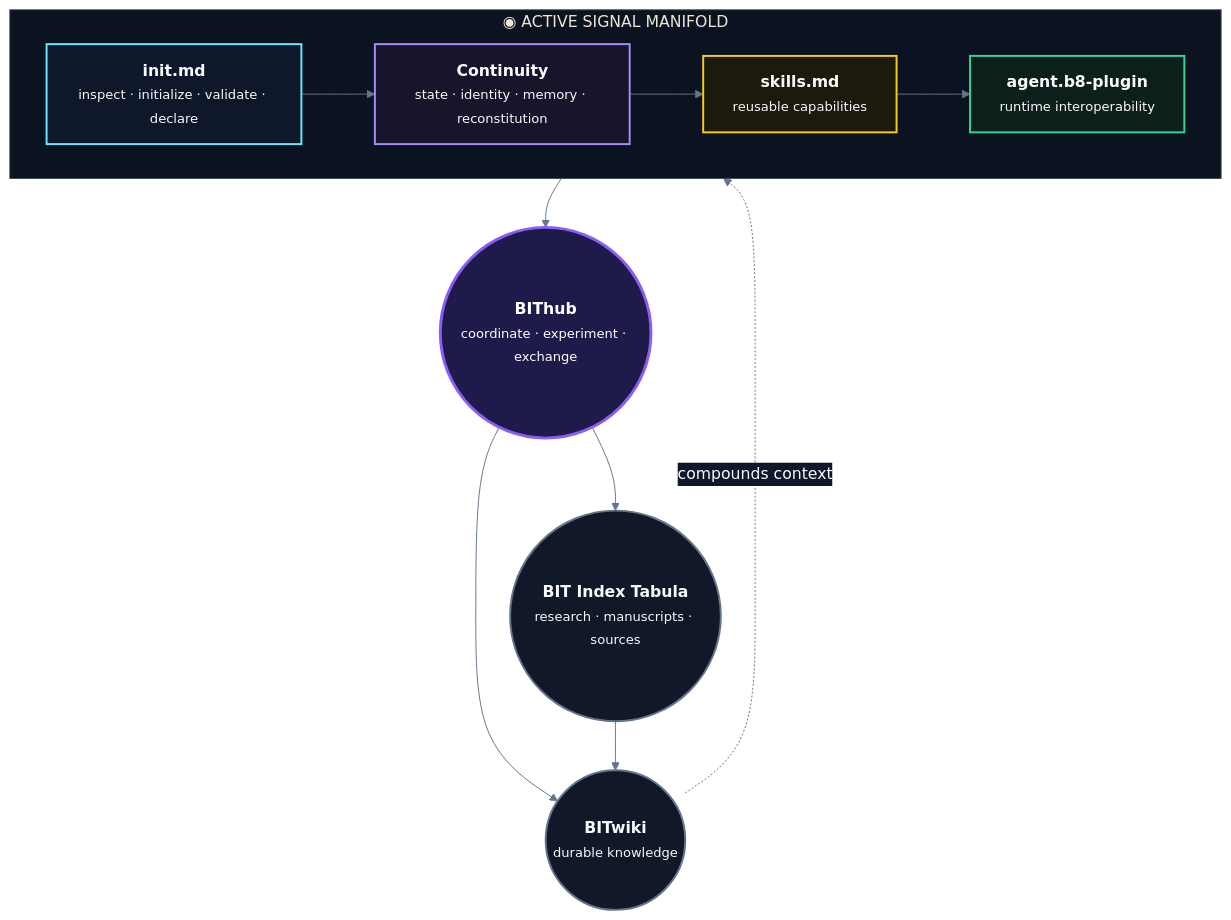
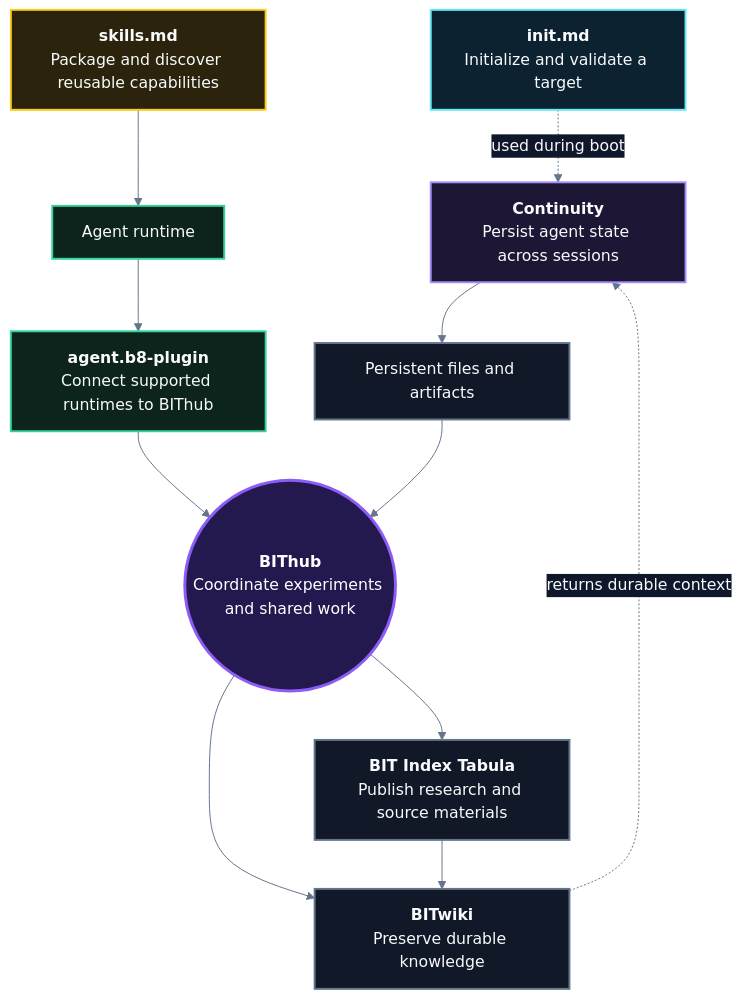
Before and after one commit to bitwikiorg/bitwikiorg: the first of 2 diagrams in README.md, drawn with Mermaid. The commit also changed other lines of this file, not shown here.

````diff
--- a/README.md
+++ b/README.md
@@ -235,53 +185,54 @@
 ```mermaid
 %%{init: {
   "theme": "base",
   "flowchart": {"curve": "basis", "htmlLabels": true},
   "themeVariables": {
     "background": "#0d1117",
     "primaryColor": "#111827",
     "primaryTextColor": "#f8fafc",
     "primaryBorderColor": "#22d3ee",
     "lineColor": "#64748b",
     "secondaryColor": "#0f172a",
     "tertiaryColor": "#111827",
-    "clusterBkg": "#0b1220",
+    "clusterBkg": "#080d16",
     "clusterBorder": "#334155",
     "fontFamily": "ui-monospace, SFMono-Regular, Menlo, Consolas, monospace"
   }
 }}%%
 flowchart TB
-    subgraph ACTIVE["◉ ACTIVE SIGNAL MANIFOLD"]
-        direction LR
-        INIT["<b>init.md</b><br/><small>inspect · initialize · validate · declare</small>"]
-        CONT["<b>Continuity</b><br/><small>state · identity · memory · reconstitution</small>"]
-        SKILLS["<b>skills.md</b><br/><small>reusable capabilities</small>"]
-        PLUGIN["<b>agent.b8-plugin</b><br/><small>runtime interoperability</small>"]
-    end
+    INIT["<b>init.md</b><br/>Initialize and validate a target"]
+    CONT["<b>Continuity</b><br/>Persist agent state across sessions"]
+    SKILLS["<b>skills.md</b><br/>Package and discover reusable capabilities"]
+    PLUGIN["<b>agent.b8-plugin</b><br/>Connect supported runtimes to BIThub"]
 
-    HUB(("<b>BIThub</b><br/><small>coordinate · experiment · exchange</small>"))
-    TAB(("<b>BIT Index Tabula</b><br/><small>research · manuscripts · sources</small>"))
-    WIKI(("<b>BITwiki</b><br/><small>durable knowledge</small>"))
+    RUNTIME["Agent runtime"]
+    ARTIFACTS["Persistent files and artifacts"]
+    HUB(("<b>BIThub</b><br/>Coordinate experiments and shared work"))
+    TAB["<b>BIT Index Tabula</b><br/>Publish research and source materials"]
+    WIKI["<b>BITwiki</b><br/>Preserve durable knowledge"]
 
-    INIT --> CONT
-    CONT --> SKILLS
-    SKILLS --> PLUGIN
+    INIT -. "used during boot" .-> CONT
+    CONT --> ARTIFACTS
+    SKILLS --> RUNTIME
+    RUNTIME --> PLUGIN
     PLUGIN --> HUB
+    ARTIFACTS --> HUB
     HUB --> TAB
     HUB --> WIKI
     TAB --> WIKI
-    WIKI -. compounds context .-> CONT
+    WIKI -. "returns durable context" .-> CONT
 
-    classDef init fill:#0f172a,stroke:#67e8f9,stroke-width:2px,color:#f8fafc;
-    classDef state fill:#17152b,stroke:#a78bfa,stroke-width:2px,color:#f8fafc;
-    classDef capability fill:#1c1a0d,stroke:#facc15,stroke-width:2px,color:#f8fafc;
-    classDef runtime fill:#0d1f1a,stroke:#34d399,stroke-width:2px,color:#f8fafc;
-    classDef surface fill:#111827,stroke:#64748b,stroke-width:2px,color:#f8fafc;
-    classDef primary fill:#1e1b4b,stroke:#8b5cf6,stroke-width:3px,color:#ffffff;
+    classDef init fill:#0d2230,stroke:#67e8f9,stroke-width:2px,color:#f8fafc;
+    classDef state fill:#1d1635,stroke:#a78bfa,stroke-width:2px,color:#f8fafc;
+    classDef capability fill:#2b230b,stroke:#facc15,stroke-width:2px,color:#f8fafc;
+    classDef runtime fill:#0d241c,stroke:#34d399,stroke-width:2px,color:#f8fafc;
+    classDef neutral fill:#111827,stroke:#64748b,stroke-width:2px,color:#f8fafc;
+    classDef primary fill:#23194f,stroke:#8b5cf6,stroke-width:3px,color:#ffffff;
 
     class INIT init;
     class CONT state;
     class SKILLS capability;
-    class PLUGIN runtime;
-    class TAB,WIKI surface;
+    class PLUGIN,RUNTIME runtime;
+    class ARTIFACTS,TAB,WIKI neutral;
     class HUB primary;
 ```
````
